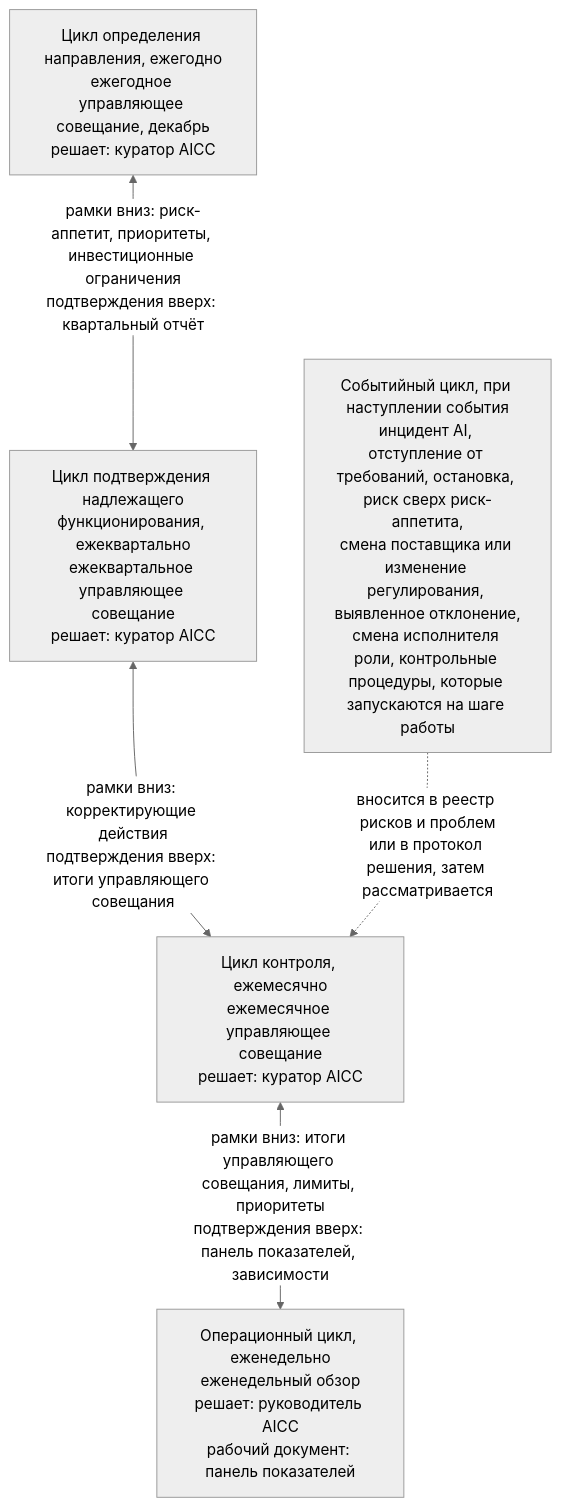
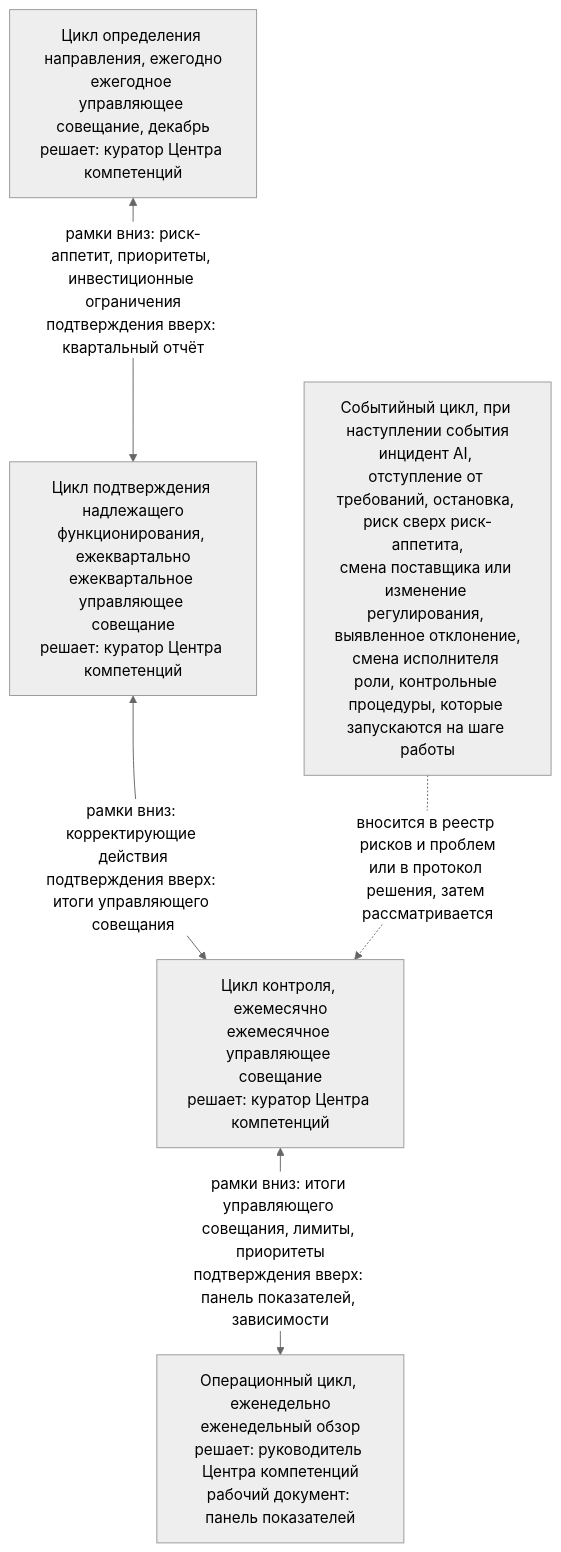
One commit to devhogu/ob-aicc changed the second of 3 diagrams in charter/ru/guides/unit-governance-guide.md. Above: the diagram before and after it, drawn with Mermaid (neutral theme). The commit also changed other lines of this file and 1149 other files, not shown here.

````diff
--- a/charter/ru/guides/unit-governance-guide.md
+++ b/charter/ru/guides/unit-governance-guide.md
@@ -52,12 +52,12 @@
 ```mermaid
 flowchart TB
-  DI["Цикл определения направления, ежегодно<br/>ежегодное управляющее совещание, декабрь<br/>решает: куратор AICC"]
-  AS["Цикл подтверждения надлежащего<br/>функционирования, ежеквартально<br/>ежеквартальное управляющее совещание<br/>решает: куратор AICC"]
-  CO["Цикл контроля, ежемесячно<br/>ежемесячное управляющее совещание<br/>решает: куратор AICC"]
-  OP["Операционный цикл, еженедельно<br/>еженедельный обзор<br/>решает: руководитель AICC<br/>рабочий документ: панель показателей"]
+  DI["Цикл определения направления, ежегодно<br/>ежегодное управляющее совещание, декабрь<br/>решает: куратор Центра компетенций"]
+  AS["Цикл подтверждения надлежащего<br/>функционирования, ежеквартально<br/>ежеквартальное управляющее совещание<br/>решает: куратор Центра компетенций"]
+  CO["Цикл контроля, ежемесячно<br/>ежемесячное управляющее совещание<br/>решает: куратор Центра компетенций"]
+  OP["Операционный цикл, еженедельно<br/>еженедельный обзор<br/>решает: руководитель Центра компетенций<br/>рабочий документ: панель показателей"]
   DI <-->|"рамки вниз: риск-аппетит, приоритеты, инвестиционные ограничения<br/>подтверждения вверх: квартальный отчёт"| AS
   AS <-->|"рамки вниз: корректирующие действия<br/>подтверждения вверх: итоги управляющего совещания"| CO
   CO <-->|"рамки вниз: итоги управляющего совещания, лимиты, приоритеты<br/>подтверждения вверх: панель показателей, зависимости"| OP
   EV["Событийный цикл, при наступлении события<br/>инцидент AI, отступление от требований, остановка, риск сверх риск-аппетита,<br/>смена поставщика или изменение регулирования, выявленное отклонение,<br/>смена исполнителя роли, контрольные процедуры, которые запускаются на шаге работы"]
   EV -.->|"вносится в реестр рисков и проблем<br/>или в протокол решения, затем рассматривается"| CO
 ```
````
